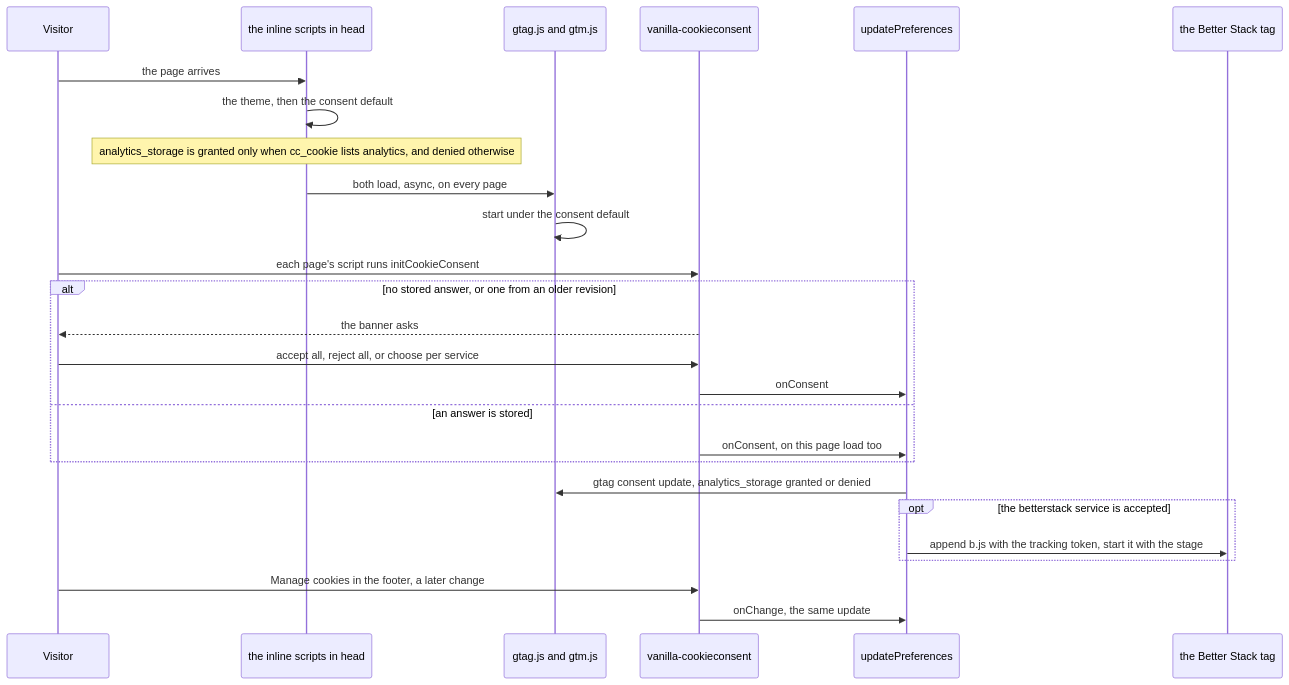
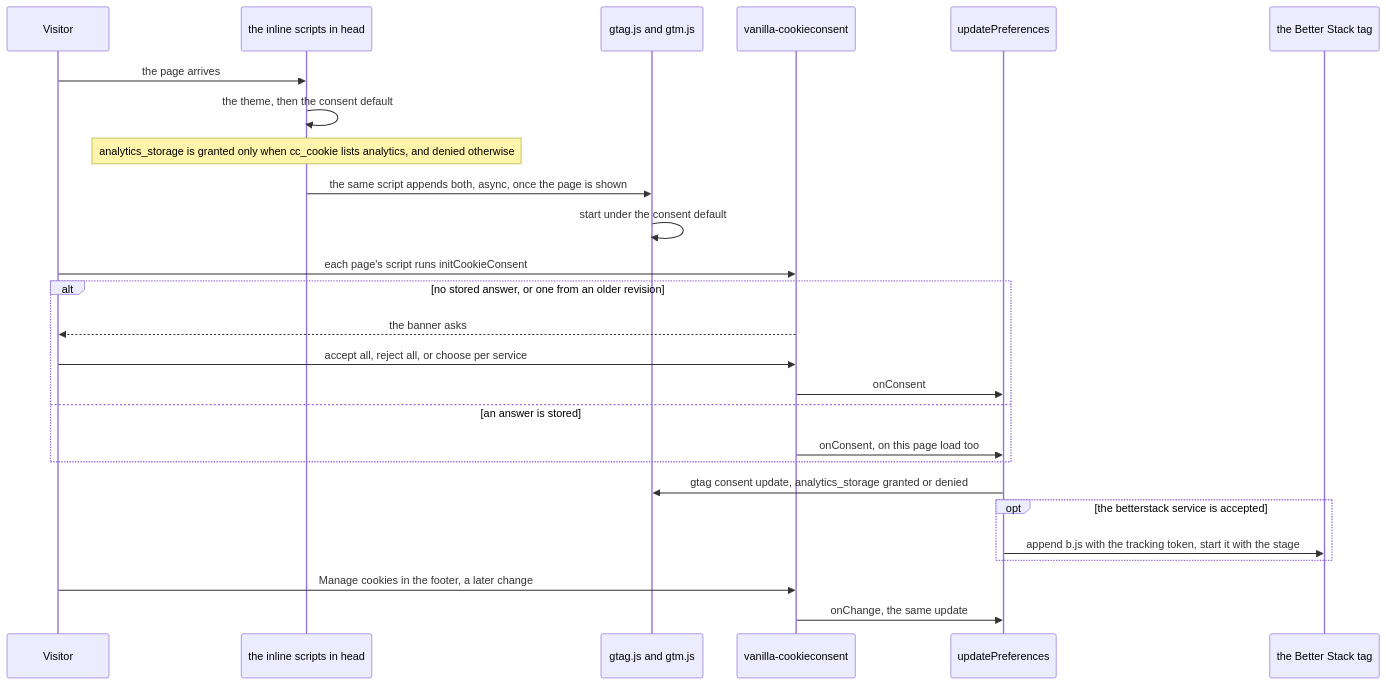
Before and after one commit to fbuireu/biancafiore: the diagram in docs/wiki/Consent-and-Analytics.md, drawn with Mermaid. The commit also changed other lines of this file and 21 other files, not shown here.

First line of the commit message:
perf(navigation): prerender a content page on hover and start analytics once it is shown

````diff
--- a/docs/wiki/Consent-and-Analytics.md
+++ b/docs/wiki/Consent-and-Analytics.md
@@ -11,33 +11,33 @@
 ```mermaid
 ---
 config:
   look: handDrawn
   layout: dagre
 ---
 sequenceDiagram
     participant Visitor
     participant Head as the inline scripts in head
     participant Google as gtag.js and gtm.js
     participant Banner as vanilla-cookieconsent
     participant Prefs as updatePreferences
     participant BetterStack as the Better Stack tag
     Visitor->>Head: the page arrives
     Head->>Head: the theme, then the consent default
     Note over Head: analytics_storage is granted only when cc_cookie lists analytics, and denied otherwise
-    Head->>Google: both load, async, on every page
+    Head->>Google: the same script appends both, async, once the page is shown
     Google->>Google: start under the consent default
     Visitor->>Banner: each page's script runs initCookieConsent
     alt no stored answer, or one from an older revision
         Banner-->>Visitor: the banner asks
         Visitor->>Banner: accept all, reject all, or choose per service
         Banner->>Prefs: onConsent
     else an answer is stored
         Banner->>Prefs: onConsent, on this page load too
     end
     Prefs->>Google: gtag consent update, analytics_storage granted or denied
     opt the betterstack service is accepted
         Prefs->>BetterStack: append b.js with the tracking token, start it with the stage
     end
     Visitor->>Banner: Manage cookies in the footer, a later change
     Banner->>Prefs: onChange, the same update
 ```
````
